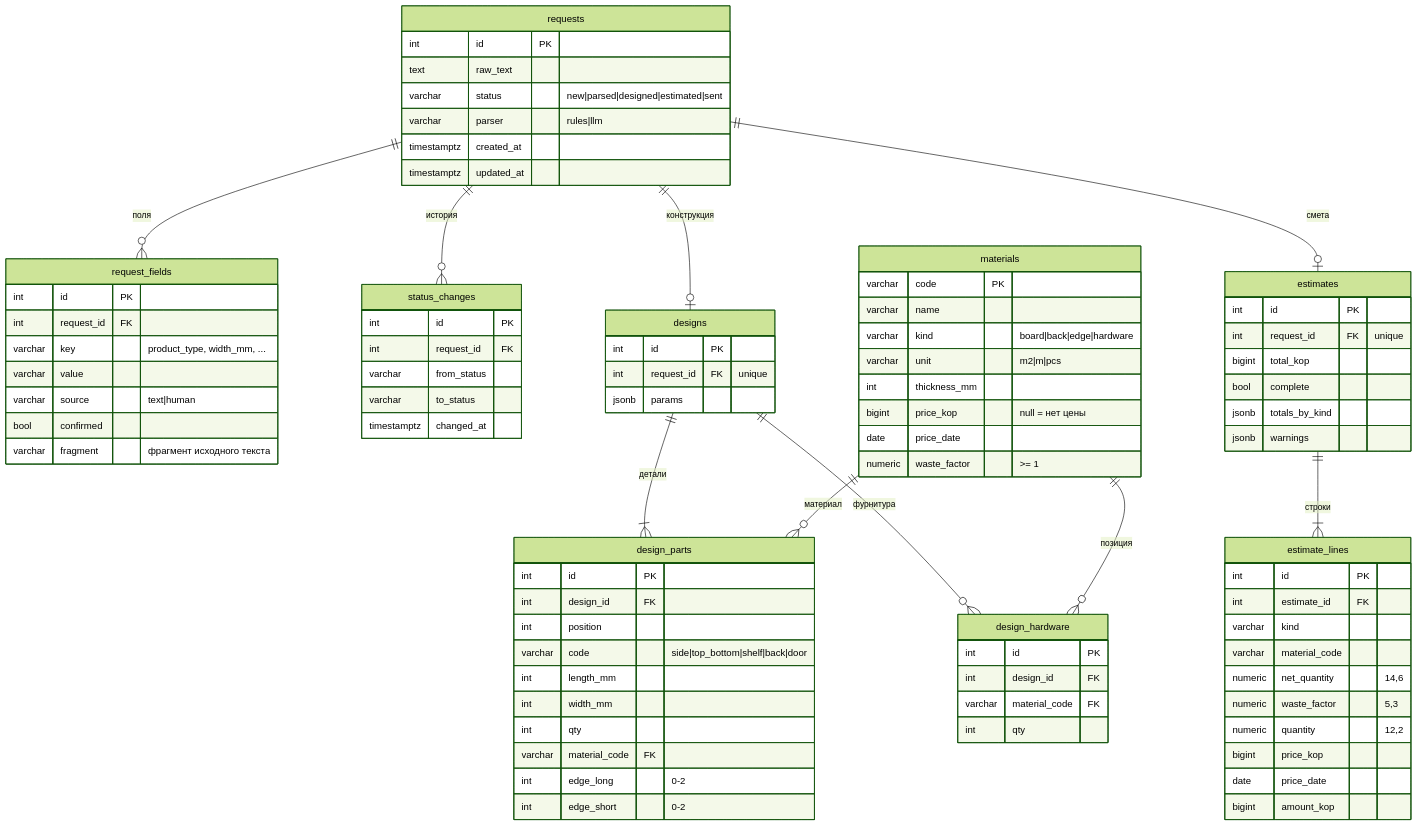
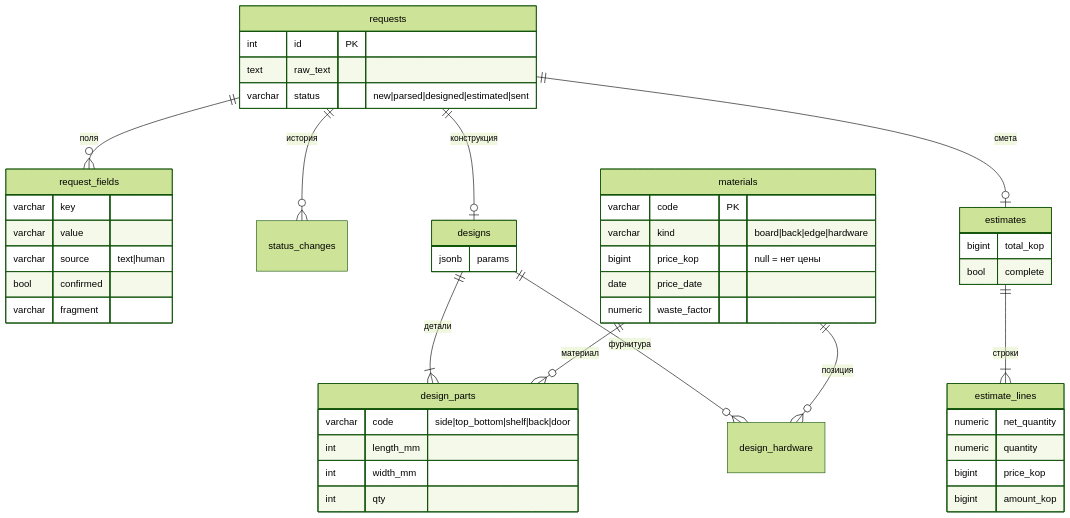
Before and after one commit to Georgy213123/ai-product-engineering: the diagram in projects/03-orderflow/docs/03-design/er.md, drawn with Mermaid (forest theme). The commit also changed other lines of this file and 16 other files, not shown here.

````diff
--- a/projects/03-orderflow/docs/03-design/er.md
+++ b/projects/03-orderflow/docs/03-design/er.md
@@ -18,77 +18,38 @@
     int id PK
     text raw_text
     varchar status "new|parsed|designed|estimated|sent"
-    varchar parser "rules|llm"
-    timestamptz created_at
-    timestamptz updated_at
   }
   request_fields {
-    int id PK
-    int request_id FK
-    varchar key "product_type, width_mm, ..."
+    varchar key
     varchar value
     varchar source "text|human"
     bool confirmed
-    varchar fragment "фрагмент исходного текста"
-  }
-  status_changes {
-    int id PK
-    int request_id FK
-    varchar from_status
-    varchar to_status
-    timestamptz changed_at
+    varchar fragment
   }
   designs {
-    int id PK
-    int request_id FK "unique"
     jsonb params
   }
   design_parts {
-    int id PK
-    int design_id FK
-    int position
     varchar code "side|top_bottom|shelf|back|door"
     int length_mm
     int width_mm
     int qty
-    varchar material_code FK
-    int edge_long "0-2"
-    int edge_short "0-2"
-  }
-  design_hardware {
-    int id PK
-    int design_id FK
-    varchar material_code FK
-    int qty
   }
   materials {
     varchar code PK
-    varchar name
     varchar kind "board|back|edge|hardware"
-    varchar unit "m2|m|pcs"
-    int thickness_mm
     bigint price_kop "null = нет цены"
     date price_date
-    numeric waste_factor ">= 1"
+    numeric waste_factor
   }
   estimates {
-    int id PK
-    int request_id FK "unique"
     bigint total_kop
     bool complete
-    jsonb totals_by_kind
-    jsonb warnings
   }
   estimate_lines {
-    int id PK
-    int estimate_id FK
-    varchar kind
-    varchar material_code
-    numeric net_quantity "14,6"
-    numeric waste_factor "5,3"
-    numeric quantity "12,2"
+    numeric net_quantity
+    numeric quantity
     bigint price_kop
-    date price_date
     bigint amount_kop
   }
 ```
````
